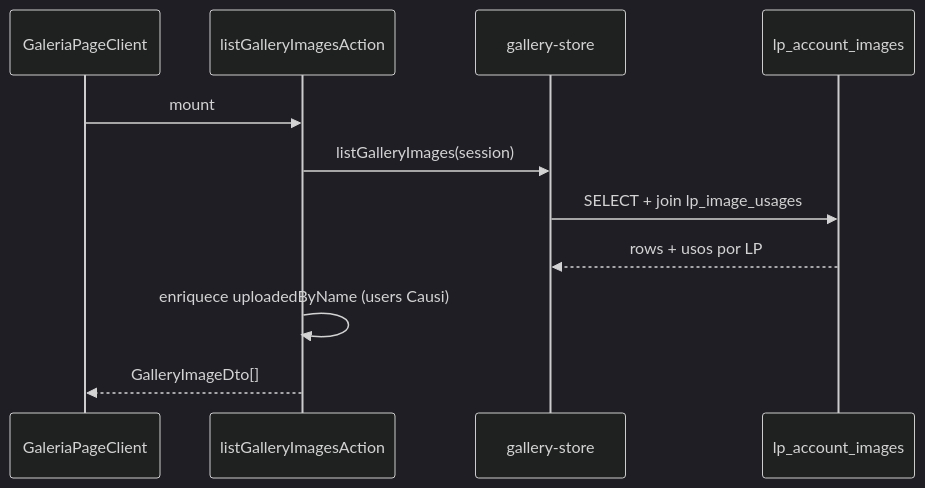
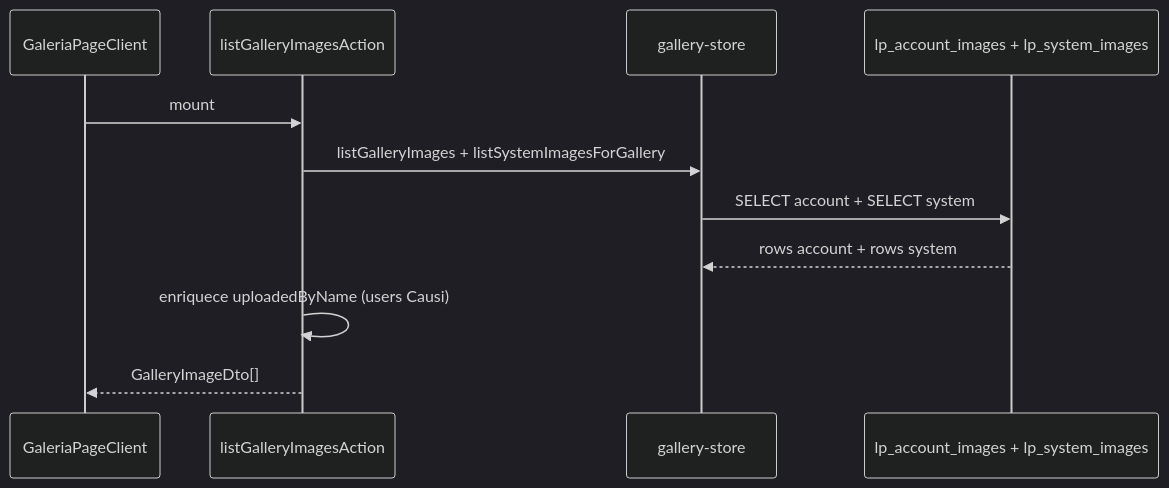
One commit to aceleracaojuridica/gerador-lp.causi.adv.br changed the first of 3 diagrams in docs/features/gallery.md. Above: the diagram before and after it, drawn with Mermaid (dark theme). The commit also changed other lines of this file and 18 other files, not shown here.

First line of the commit message:
feat: enhance gallery and landing page image management

````diff
--- a/docs/features/gallery.md
+++ b/docs/features/gallery.md
@@ -78,14 +100,14 @@
 ```mermaid
 sequenceDiagram
   participant UI as GaleriaPageClient
   participant Action as listGalleryImagesAction
   participant Store as gallery-store
-  participant DB as lp_account_images
+  participant DB as lp_account_images + lp_system_images
 
   UI->>Action: mount
-  Action->>Store: listGalleryImages(session)
-  Store->>DB: SELECT + join lp_image_usages
-  DB-->>Store: rows + usos por LP
+  Action->>Store: listGalleryImages + listSystemImagesForGallery
+  Store->>DB: SELECT account + SELECT system
+  DB-->>Store: rows account + rows system
   Action->>Action: enriquece uploadedByName (users Causi)
   Action-->>UI: GalleryImageDto[]
 ```
````
